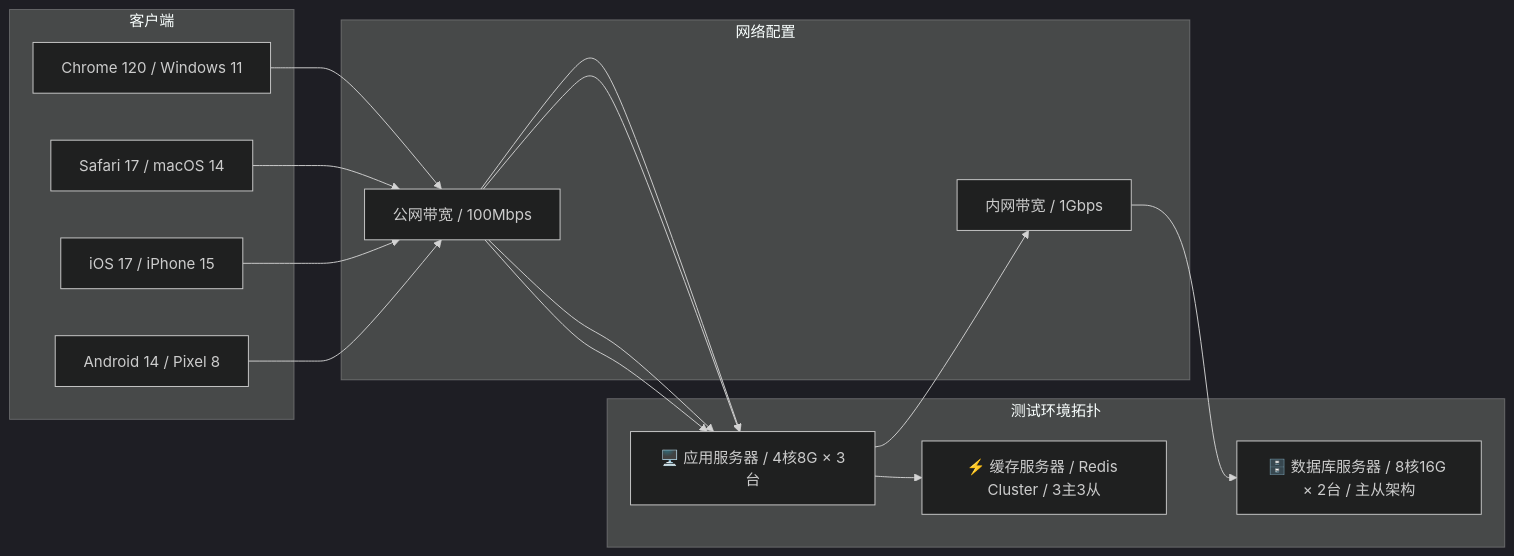
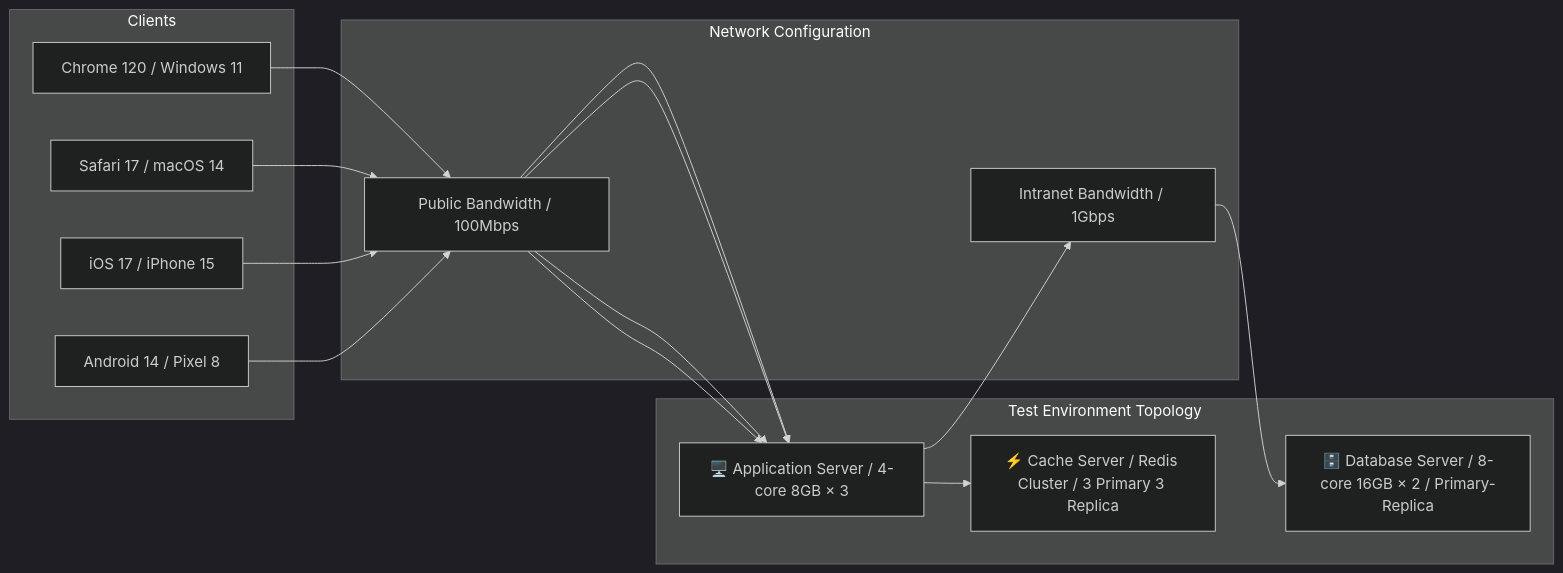
The second of 4 diagrams in templates/产品/交付层/【模板】测试报告.md (Kirky-X/cangjie), drawn with Mermaid (dark theme) before and after one commit. The commit also changed other lines of this file and 46 other files, not shown here.

````diff
--- a/templates/产品/交付层/【模板】测试报告.md
+++ b/templates/产品/交付层/【模板】测试报告.md
@@ -116,27 +116,27 @@
 ```mermaid
 flowchart LR
-    subgraph 测试环境拓扑
-        A1[🖥️ 应用服务器 / 4核8G × 3台]
-        A2[🗄️ 数据库服务器 / 8核16G × 2台 / 主从架构]
-        A3[⚡ 缓存服务器 / Redis Cluster / 3主3从]
+    subgraph Test Environment Topology
+        A1[🖥️ Application Server / 4-core 8GB × 3]
+        A2[🗄️ Database Server / 8-core 16GB × 2 / Primary-Replica]
+        A3[⚡ Cache Server / Redis Cluster / 3 Primary 3 Replica]
     end
 
-    subgraph 网络配置
-        N1[内网带宽 / 1Gbps]
-        N2[公网带宽 / 100Mbps]
+    subgraph Network Configuration
+        N1[Intranet Bandwidth / 1Gbps]
+        N2[Public Bandwidth / 100Mbps]
     end
 
-    subgraph 客户端
+    subgraph Clients
         C1[Chrome 120 / Windows 11]
         C2[Safari 17 / macOS 14]
         C3[iOS 17 / iPhone 15]
         C4[Android 14 / Pixel 8]
     end
 
     C1 --> N2 --> A1
     C2 --> N2 --> A1
     C3 --> N2 --> A1
     C4 --> N2 --> A1
     A1 --> N1 --> A2
     A1 --> A3
 ```
````
